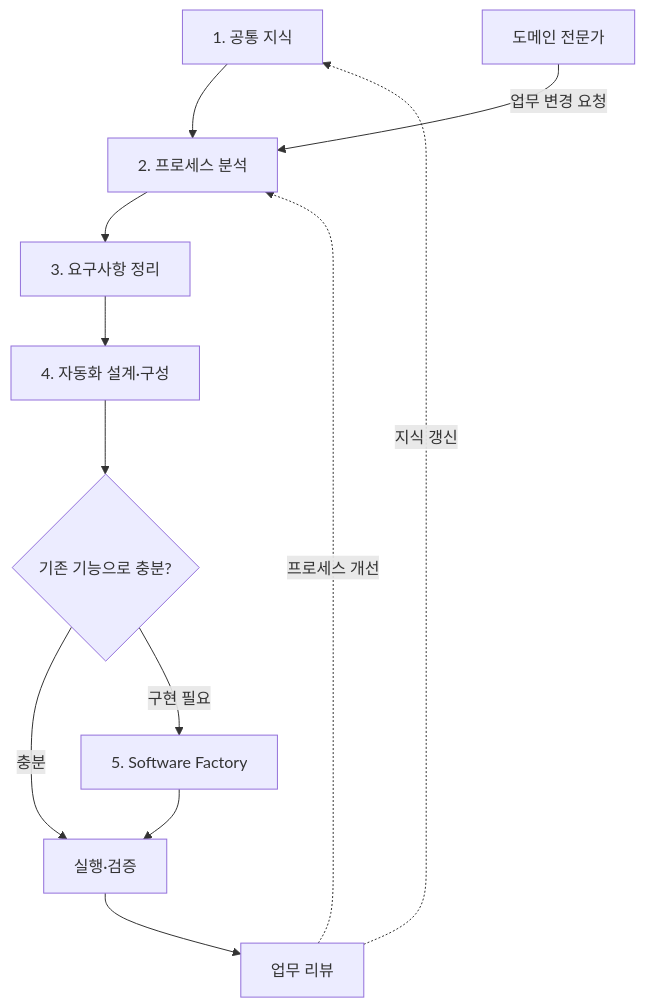
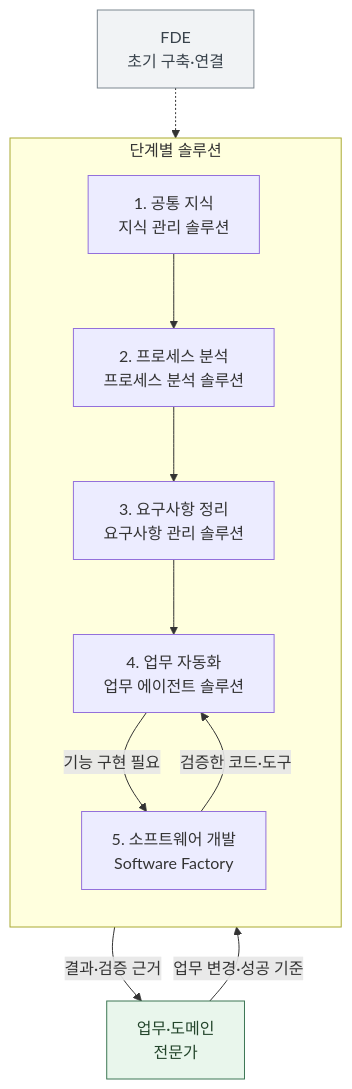
Before and after one commit to haandol/haandol.github.com: the third of 7 diagrams in _posts/2026-11-05-enterprise-wide-ax-essentials.md, drawn with Mermaid. The commit also changed other lines of this file and 1 other file, not shown here.

Commit message:
docs: map AX stages to solutions that sustain domain-led change

````diff
--- a/_posts/2026-11-05-enterprise-wide-ax-essentials.md
+++ b/_posts/2026-11-05-enterprise-wide-ax-essentials.md
@@ -105,14 +105,18 @@
 ```mermaid
 flowchart TB
-  K["1. 공통 지식"] --> P["2. 프로세스 분석"]
-  U["도메인 전문가"] -->|"업무 변경 요청"| P
-  P --> R["3. 요구사항 정리"]
-  R --> A["4. 자동화 설계·구성"]
-  A --> D{"기존 기능으로 충분?"}
-  D -->|"충분"| E["실행·검증"]
-  D -->|"구현 필요"| F["5. Software Factory"]
-  F --> E
-  E --> V["업무 리뷰"]
-  V -.->|"지식 갱신"| K
-  V -.->|"프로세스 개선"| P
+  FDE["FDE<br/>초기 구축·연결"] -.-> S
+  subgraph S["단계별 솔루션"]
+    direction TB
+    K["1. 공통 지식<br/>지식 관리 솔루션"] --> P["2. 프로세스 분석<br/>프로세스 분석 솔루션"]
+    P --> R["3. 요구사항 정리<br/>요구사항 관리 솔루션"]
+    R --> A["4. 업무 자동화<br/>업무 에이전트 솔루션"]
+    A -->|"기능 구현 필요"| F["5. 소프트웨어 개발<br/>Software Factory"]
+    F -->|"검증한 코드·도구"| A
+  end
+  U["업무·도메인<br/>전문가"] -->|"업무 변경·성공 기준"| P
+  A -->|"결과·검증 근거"| U
+  classDef expert fill:#e9f6ec,stroke:#3c7754,color:#23452b
+  classDef setup fill:#f1f3f5,stroke:#7d8790,color:#39434c
+  class U expert
+  class FDE setup
 ```
````
